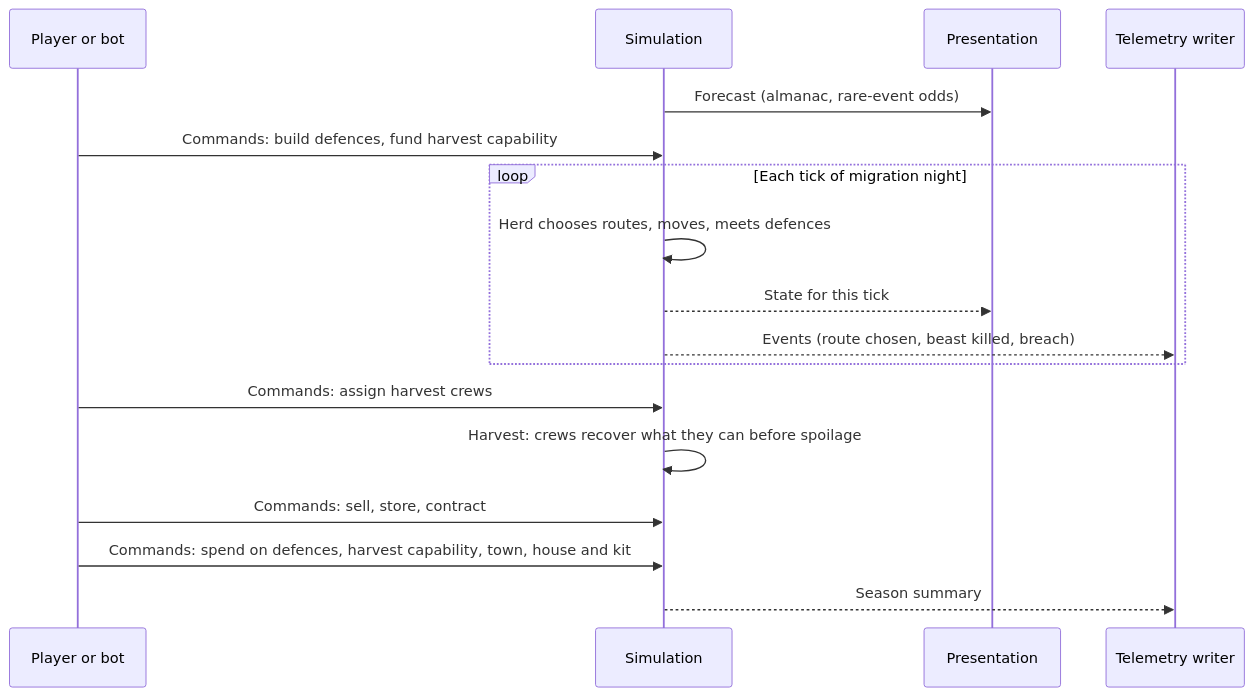
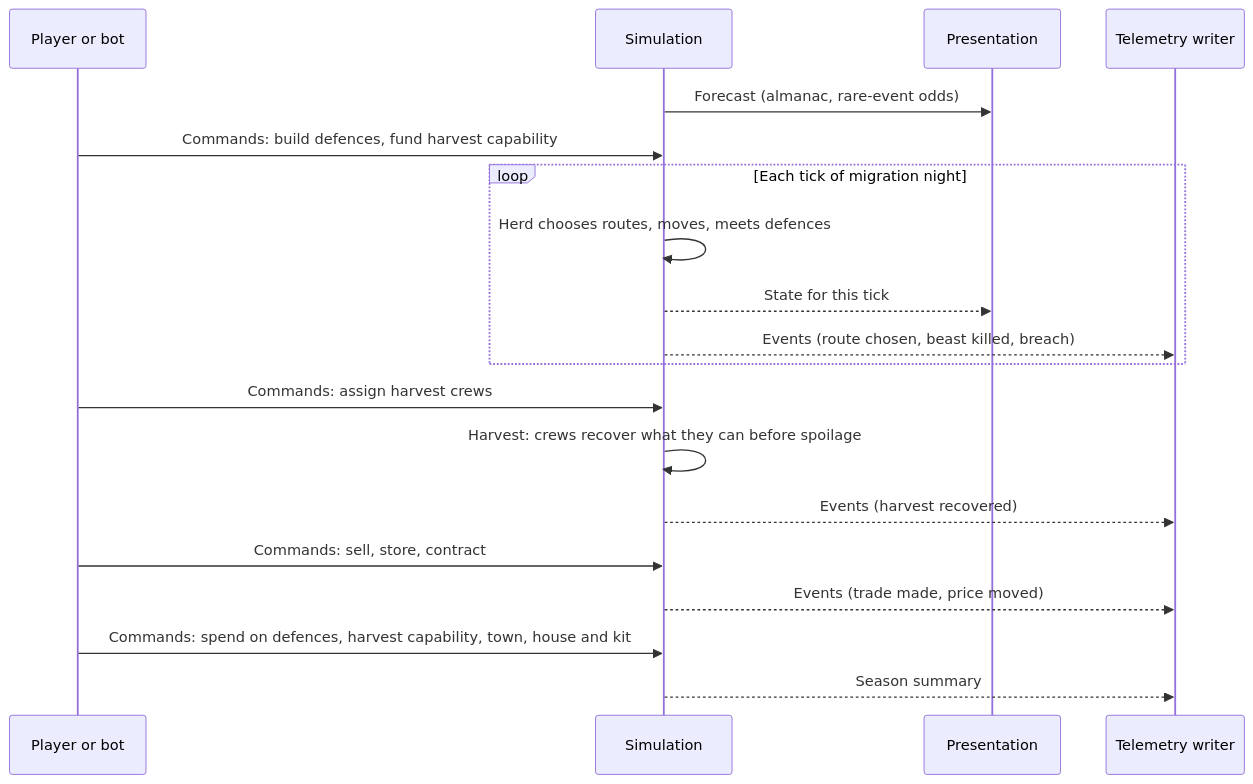
Before and after one commit to Huntling94/tallow: the fourth of 7 diagrams in docs/architecture/overview.md, drawn with Mermaid. The commit also changed other lines of this file and 2 other files, not shown here.

````diff
--- a/docs/architecture/overview.md
+++ b/docs/architecture/overview.md
@@ -145,20 +145,22 @@
 ```mermaid
 sequenceDiagram
     participant P as Player or bot
     participant S as Simulation
     participant V as Presentation
     participant T as Telemetry writer
 
     S->>V: Forecast (almanac, rare-event odds)
     P->>S: Commands: build defences, fund harvest capability
     loop Each tick of migration night
         S->>S: Herd chooses routes, moves, meets defences
         S-->>V: State for this tick
         S-->>T: Events (route chosen, beast killed, breach)
     end
     P->>S: Commands: assign harvest crews
     S->>S: Harvest: crews recover what they can before spoilage
+    S-->>T: Events (harvest recovered)
     P->>S: Commands: sell, store, contract
+    S-->>T: Events (trade made, price moved)
     P->>S: Commands: spend on defences, harvest capability, town, house and kit
     S-->>T: Season summary
 ```
````
